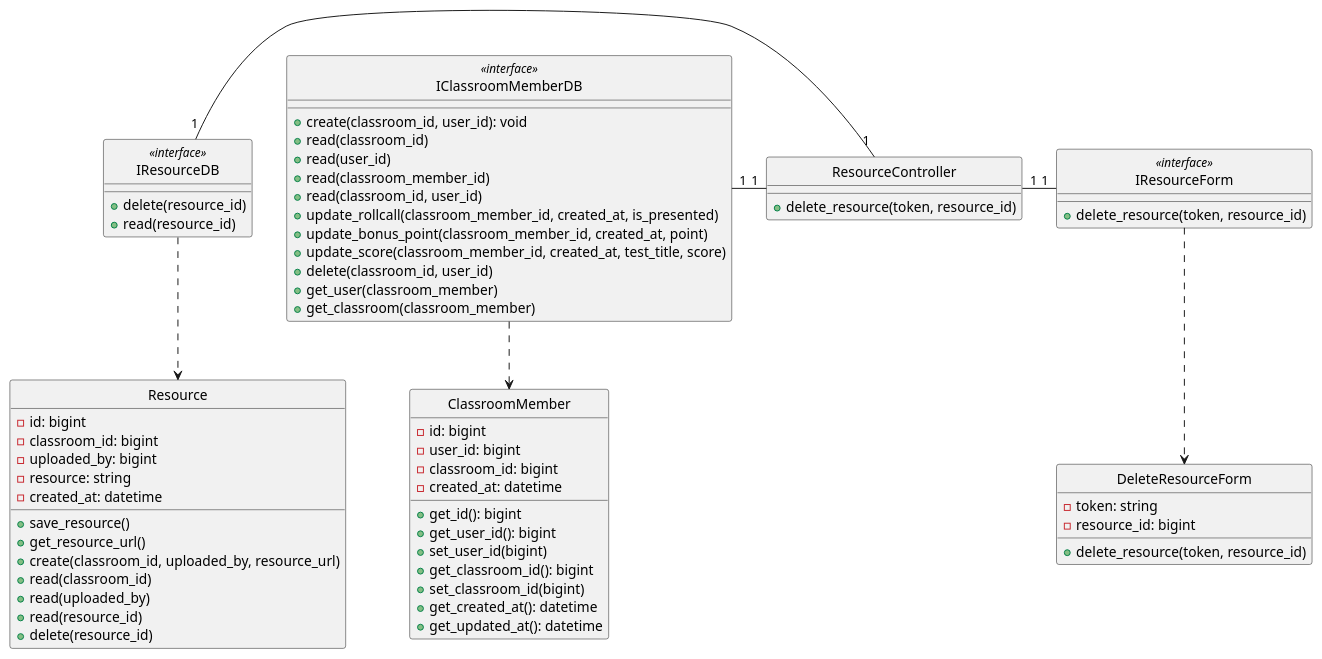
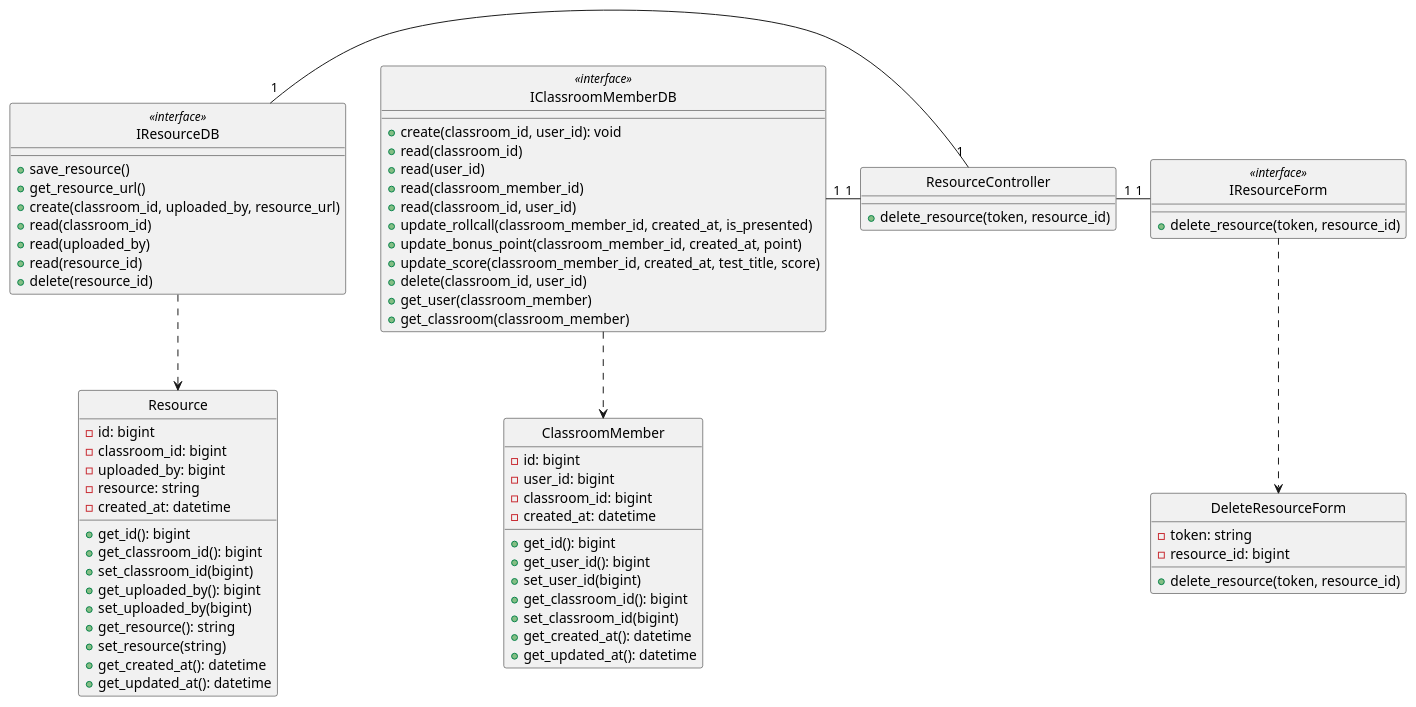
Before and after one commit to anonyhostvn/OOAD-Diagram: the diagram in class - design/resource/deleteResource.plantuml, drawn with PlantUML. The commit also changed 8 other files, not shown here.

```diff
--- a/class - design/resource/deleteResource.plantuml
+++ b/class - design/resource/deleteResource.plantuml
@@ -1,86 +1,93 @@
 @startuml deleteResource
 
 class DeleteResourceForm {
     - token: string
     - resource_id: bigint
 
     + delete_resource(token, resource_id)
 }
 
 class IResourceForm <<interface>> {
     + delete_resource(token, resource_id)
 }
 
 class ResourceController {
     + delete_resource(token, resource_id)
 }
 
 class ClassroomMember {
     - id: bigint
     - user_id: bigint
     - classroom_id: bigint
     - created_at: datetime
 
     + get_id(): bigint
     + get_user_id(): bigint
     + set_user_id(bigint)
     + get_classroom_id(): bigint
     + set_classroom_id(bigint)
     + get_created_at(): datetime
     + get_updated_at(): datetime
 }
 
 class IClassroomMemberDB <<interface>> {
     + create(classroom_id, user_id): void
     + read(classroom_id)
     + read(user_id)
     + read(classroom_member_id)
     + read(classroom_id, user_id)
     + update_rollcall(classroom_member_id, created_at, is_presented)
     + update_bonus_point(classroom_member_id, created_at, point)
     + update_score(classroom_member_id, created_at, test_title, score)
     + delete(classroom_id, user_id)
     + get_user(classroom_member)
     + get_classroom(classroom_member)
 }
 
 
 class Resource {
     -id: bigint
     -classroom_id: bigint
     -uploaded_by: bigint
     -resource: string
     -created_at: datetime
 
+    + get_id(): bigint
+    + get_classroom_id(): bigint
+    + set_classroom_id(bigint)
+    + get_uploaded_by(): bigint
+    + set_uploaded_by(bigint)
+    + get_resource(): string
+    + set_resource(string)
+    + get_created_at(): datetime
+    + get_updated_at(): datetime 
+}
+
+class IResourceDB <<interface>> {
     + save_resource()
     + get_resource_url()
     + create(classroom_id, uploaded_by, resource_url)
     + read(classroom_id)
     + read(uploaded_by)
     + read(resource_id)
     + delete(resource_id)
-}
-
-class IResourceDB <<interface>> {
-    + delete(resource_id)
-    + read(resource_id)
 }
 
 hide DeleteResourceForm circle
 hide IResourceForm <<interface>> circle
 hide ResourceController circle
 hide IClassroomMemberDB <<interface>> circle
 hide ClassroomMember circle
 hide IResourceDB <<interface>> circle
 hide Resource circle 
 
 
 IResourceForm .down.> DeleteResourceForm
 IClassroomMemberDB .down.> ClassroomMember
 IResourceDB .down.> Resource
 IResourceForm "1"-left-"1" ResourceController
 ResourceController "1"-left-"1" IClassroomMemberDB
 ResourceController "1"-left-"1" IResourceDB
 
 
 @enduml
```
